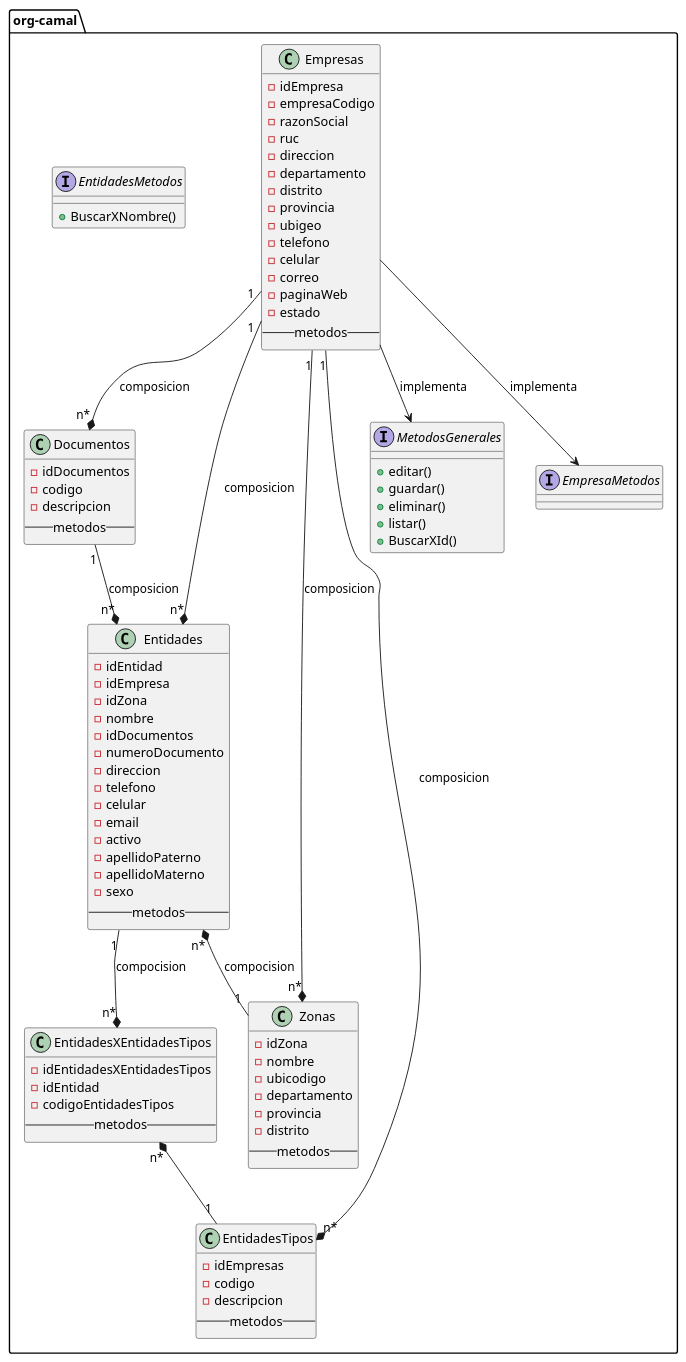
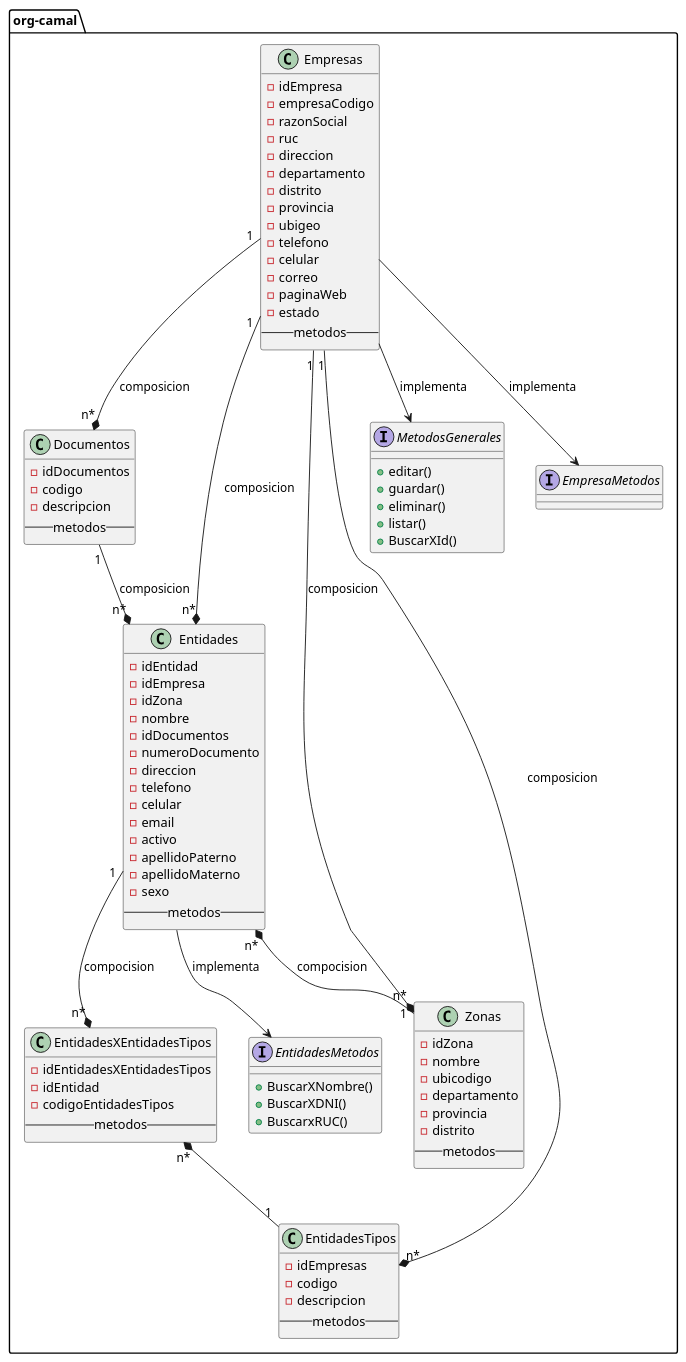
The diagram in UML/clases/msvc-empresa/[DC] empresas.puml (Digbers/camal-microservice), drawn with PlantUML before and after one commit. The commit also changed 296 other files, not shown here.

```diff
--- a/UML/clases/msvc-empresa/[DC] empresas.puml
+++ b/UML/clases/msvc-empresa/[DC] empresas.puml
@@ -1,94 +1,97 @@
 @startuml
 
 package "org-camal" {
 
     class Empresas {
         -idEmpresa
         -empresaCodigo
         -razonSocial
         -ruc
         -direccion
         -departamento
         -distrito
         -provincia
         -ubigeo
         -telefono
         -celular
         -correo
         -paginaWeb
         -estado
         --metodos--
     }
 
     class Documentos {
         -idDocumentos
         -codigo
         -descripcion
         --metodos--
     }
     class  Entidades {
         -idEntidad
         -idEmpresa
         -idZona
         -nombre
         -idDocumentos
         -numeroDocumento
         -direccion
         -telefono
         -celular
         -email
         -activo
         -apellidoPaterno
         -apellidoMaterno
         -sexo
         --metodos--
     }
     class Zonas{
         -idZona
         -nombre
         -ubicodigo
         -departamento
         -provincia
         -distrito
         --metodos--
     }
     class EntidadesTipos {
         -idEmpresas
         -codigo
         -descripcion
         --metodos--
     }
     class EntidadesXEntidadesTipos {
         -idEntidadesXEntidadesTipos
         -idEntidad
         -codigoEntidadesTipos
         --metodos--
     }
     interface MetodosGenerales {
         + editar()
         + guardar()
         + eliminar()
         + listar()
         + BuscarXId()
     }
     interface EmpresaMetodos {
 
     }
     interface EntidadesMetodos {
             + BuscarXNombre()
+            + BuscarXDNI()
+            + BuscarxRUC()
     }
 
     Empresas "1" --* "n*" Zonas : composicion
     Empresas "1" --* "n*" Entidades : composicion
     Empresas "1" --* "n*" EntidadesTipos : composicion
     Empresas "1" --* "n*" Documentos : composicion
     Entidades "1" --* "n*" EntidadesXEntidadesTipos : compocision
     EntidadesXEntidadesTipos "n*" *-- "1" EntidadesTipos
     Documentos "1" --* "n*" Entidades: composicion
     Entidades "n*" *-- "1" Zonas : compocision
 
     Empresas --> MetodosGenerales: implementa
     Empresas --> EmpresaMetodos: implementa
+    Entidades --> EntidadesMetodos: implementa
 
 
 @enduml
```
